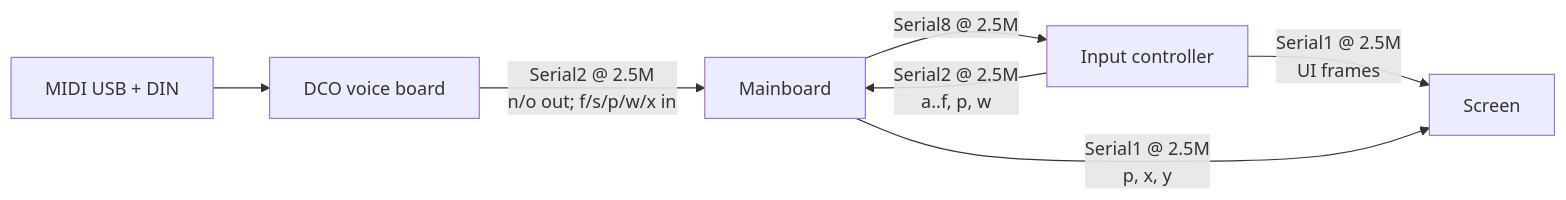
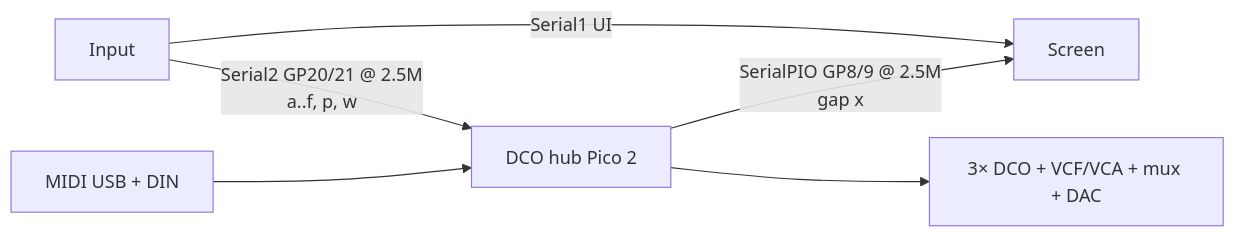
One commit to felipegaspari/DCO4-REBORN-DCO changed the diagram in docs/SYSTEM_OVERVIEW.md. Above: the diagram before and after it, drawn with Mermaid. The commit also changed other lines of this file and 2467 other files, not shown here.

Commit message:
AI mainboard to DCO migration

````diff
--- a/docs/SYSTEM_OVERVIEW.md
+++ b/docs/SYSTEM_OVERVIEW.md
@@ -26,9 +28,8 @@
 ```mermaid
 flowchart LR
-  World["MIDI USB + DIN"] --> DCO["DCO voice board"]
-  DCO -->|"Serial2 @ 2.5M\nn/o out; f/s/p/w/x in"| Main["Mainboard"]
-  Input["Input controller"] -->|"Serial2 @ 2.5M\na..f, p, w"| Main
-  Input -->|"Serial1 @ 2.5M\nUI frames"| Screen["Screen"]
-  Main -->|"Serial1 @ 2.5M\np, x, y"| Screen
-  Main -->|"Serial8 @ 2.5M"| Input
+  World["MIDI USB + DIN"] --> DCO["DCO hub Pico 2"]
+  Input["Input"] -->|"Serial2 GP20/21 @ 2.5M\na..f, p, w"| DCO
+  DCO -->|"SerialPIO GP8/9 @ 2.5M\ngap x"| Screen["Screen"]
+  Input -->|"Serial1 UI"| Screen
+  DCO --> Analog["3× DCO + VCF/VCA + mux + DAC"]
 ```
````
